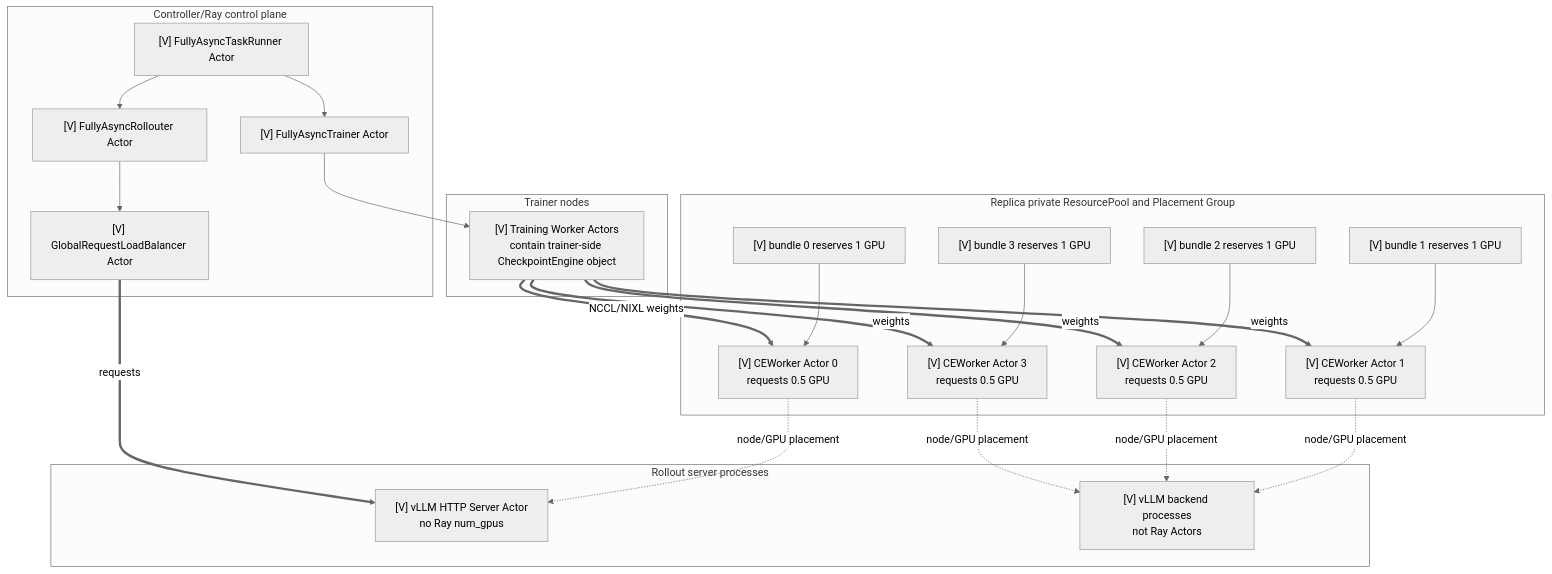
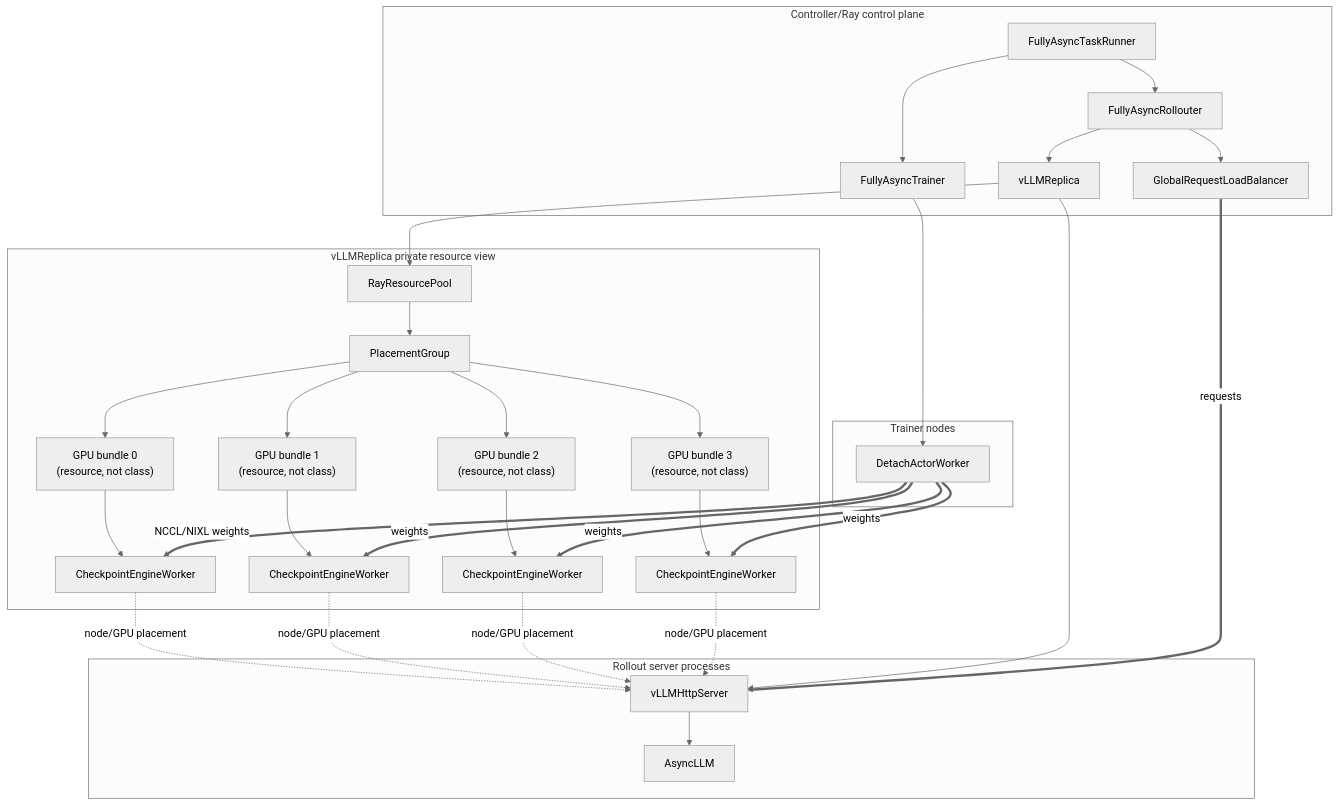
One commit to niuypei/multi_task_verl changed the third of 13 diagrams in multi_task_scheduler/STANDALONE.md. Above: the diagram before and after it, drawn with Mermaid (neutral theme). The commit also changed other lines of this file and 4 other files, not shown here.

Commit message:
docs: refine standalone multi-task resource sharing RFC

````diff
--- a/multi_task_scheduler/STANDALONE.md
+++ b/multi_task_scheduler/STANDALONE.md
@@ -580,47 +777,59 @@
 ```mermaid
 flowchart TB
     subgraph CTRL[Controller/Ray control plane]
-        TR["[V] FullyAsyncTaskRunner Actor"]
-        T["[V] FullyAsyncTrainer Actor"]
-        R["[V] FullyAsyncRollouter Actor"]
-        LB["[V] GlobalRequestLoadBalancer Actor"]
+        TR["FullyAsyncTaskRunner"]
+        T["FullyAsyncTrainer"]
+        R["FullyAsyncRollouter"]
+        LB["GlobalRequestLoadBalancer"]
+        REP["vLLMReplica"]
     end
 
     subgraph TRAIN[Trainer nodes]
-        TW["[V] Training Worker Actors<br/>contain trainer-side CheckpointEngine object"]
+        TW["DetachActorWorker"]
     end
 
-    subgraph RPG[Replica private ResourcePool and Placement Group]
-        B0["[V] bundle 0 reserves 1 GPU"]
-        B1["[V] bundle 1 reserves 1 GPU"]
-        B2["[V] bundle 2 reserves 1 GPU"]
-        B3["[V] bundle 3 reserves 1 GPU"]
-        CW0["[V] CEWorker Actor 0<br/>requests 0.5 GPU"]
-        CW1["[V] CEWorker Actor 1<br/>requests 0.5 GPU"]
-        CW2["[V] CEWorker Actor 2<br/>requests 0.5 GPU"]
-        CW3["[V] CEWorker Actor 3<br/>requests 0.5 GPU"]
+    subgraph RPG[vLLMReplica private resource view]
+        RP["RayResourcePool"]
+        PG["PlacementGroup"]
+        B0["GPU bundle 0<br/>(resource, not class)"]
+        B1["GPU bundle 1<br/>(resource, not class)"]
+        B2["GPU bundle 2<br/>(resource, not class)"]
+        B3["GPU bundle 3<br/>(resource, not class)"]
+        CW0["CheckpointEngineWorker"]
+        CW1["CheckpointEngineWorker"]
+        CW2["CheckpointEngineWorker"]
+        CW3["CheckpointEngineWorker"]
     end
 
     subgraph SERVE[Rollout server processes]
-        HTTP["[V] vLLM HTTP Server Actor<br/>no Ray num_gpus"]
-        ENG["[V] vLLM backend processes<br/>not Ray Actors"]
+        HTTP["vLLMHttpServer"]
+        ENG["AsyncLLM"]
     end
 
     TR --> T
     TR --> R
     T --> TW
     R --> LB
+    R --> REP
+    REP --> RP
+    RP --> PG
+    PG --> B0
+    PG --> B1
+    PG --> B2
+    PG --> B3
     B0 --> CW0
     B1 --> CW1
     B2 --> CW2
     B3 --> CW3
     CW0 -. node/GPU placement .-> HTTP
-    CW1 -. node/GPU placement .-> ENG
-    CW2 -. node/GPU placement .-> ENG
-    CW3 -. node/GPU placement .-> ENG
+    CW1 -. node/GPU placement .-> HTTP
+    CW2 -. node/GPU placement .-> HTTP
+    CW3 -. node/GPU placement .-> HTTP
     TW ==>|NCCL/NIXL weights| CW0
     TW ==>|weights| CW1
     TW ==>|weights| CW2
     TW ==>|weights| CW3
+    REP --> HTTP
+    HTTP --> ENG
     LB ==>|requests| HTTP
 ```
````
